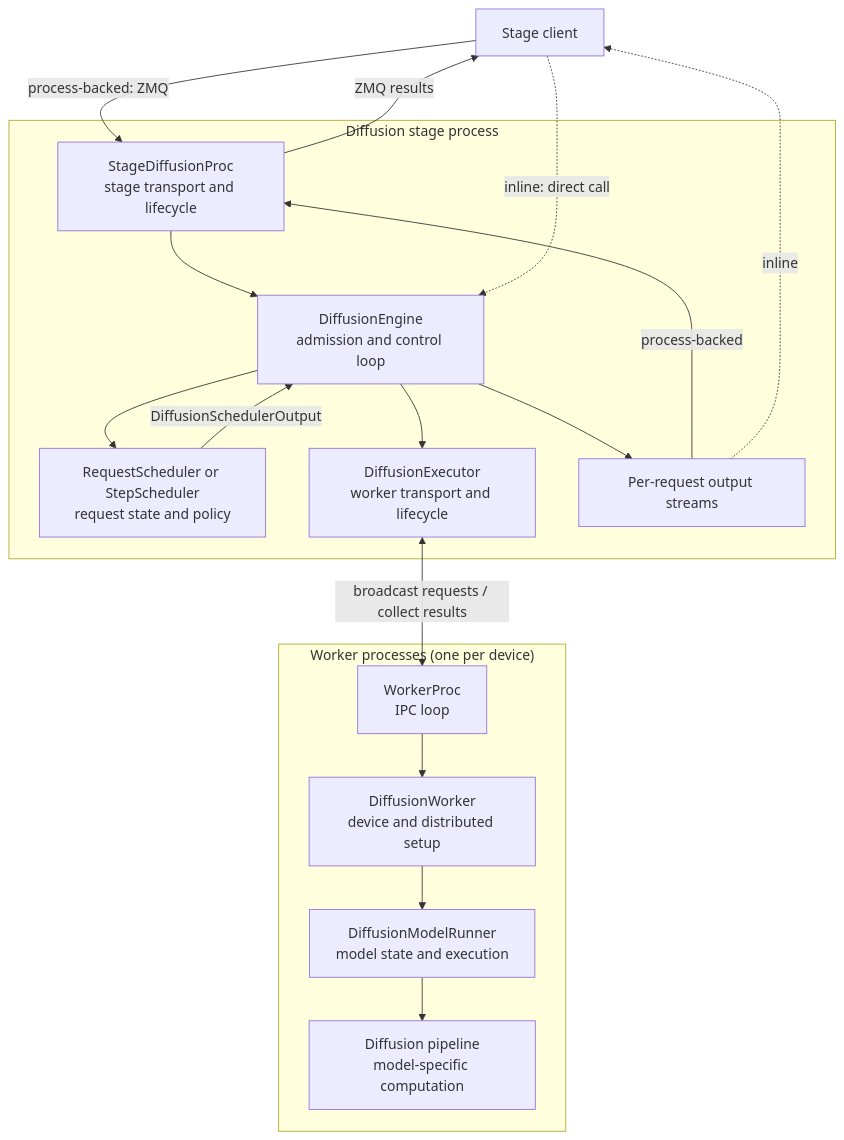
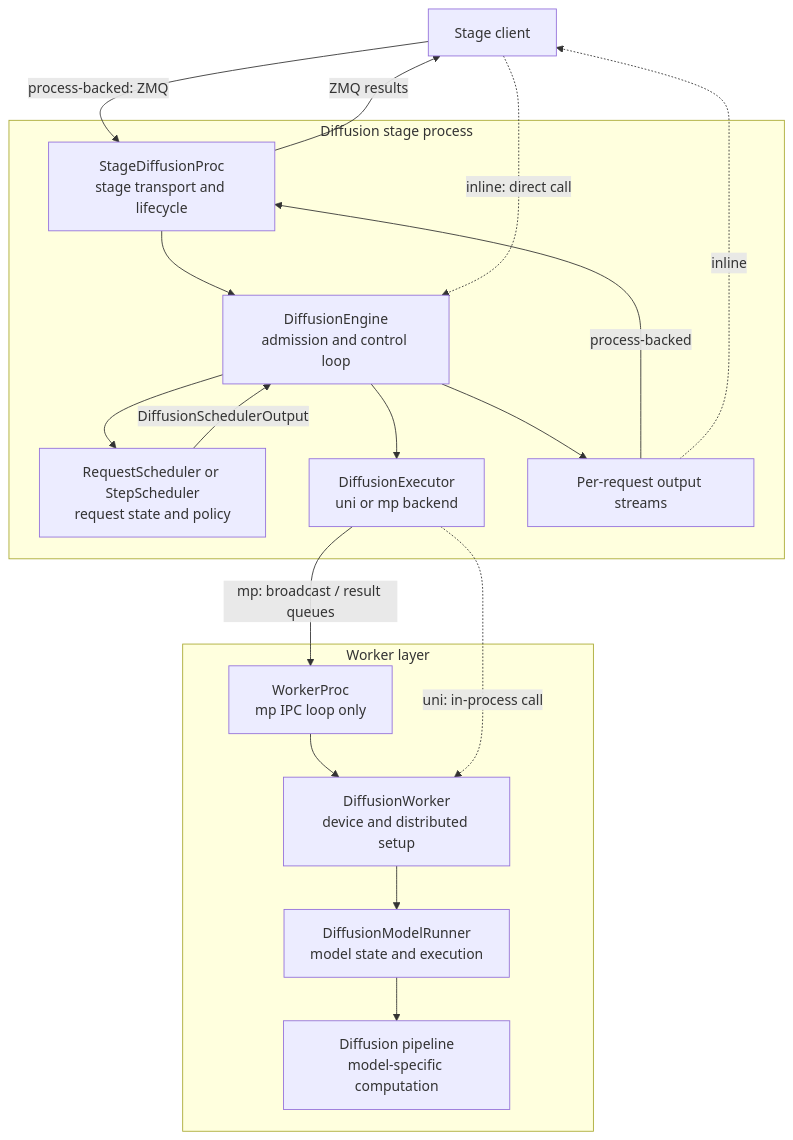
Before and after one commit to fhfuih/vllm-omni: the first of 3 diagrams in docs/design/module/diffusion/diffusion_runtime.md, drawn with Mermaid. The commit also changed other lines of this file, not shown here.

````diff
--- a/docs/design/module/diffusion/diffusion_runtime.md
+++ b/docs/design/module/diffusion/diffusion_runtime.md
@@ -93,34 +103,36 @@
 ```mermaid
 flowchart TB
     client["Stage client"]
 
     subgraph stage["Diffusion stage process"]
         stageProc["StageDiffusionProc<br/>stage transport and lifecycle"]
         engine["DiffusionEngine<br/>admission and control loop"]
         scheduler["RequestScheduler or StepScheduler<br/>request state and policy"]
-        executor["DiffusionExecutor<br/>worker transport and lifecycle"]
+        executor["DiffusionExecutor<br/>uni or mp backend"]
         streams["Per-request output streams"]
 
         stageProc --> engine
         engine --> scheduler
         scheduler -->|"DiffusionSchedulerOutput"| engine
         engine --> executor
         engine --> streams
     end
 
-    subgraph workers["Worker processes (one per device)"]
-        workerProc["WorkerProc<br/>IPC loop"]
+    subgraph workers["Worker layer"]
+        workerProc["WorkerProc<br/>mp IPC loop only"]
         worker["DiffusionWorker<br/>device and distributed setup"]
         runner["DiffusionModelRunner<br/>model state and execution"]
         pipeline["Diffusion pipeline<br/>model-specific computation"]
 
-        workerProc --> worker --> runner --> pipeline
+        workerProc --> worker
+        worker --> runner --> pipeline
     end
 
     client -->|"process-backed: ZMQ"| stageProc
     client -.->|"inline: direct call"| engine
-    executor <-->|"broadcast requests / collect results"| workerProc
+    executor -->|"mp: broadcast / result queues"| workerProc
+    executor -.->|"uni: in-process call"| worker
     streams -->|"process-backed"| stageProc
     stageProc -->|"ZMQ results"| client
     streams -.->|"inline"| client
 ```
````
